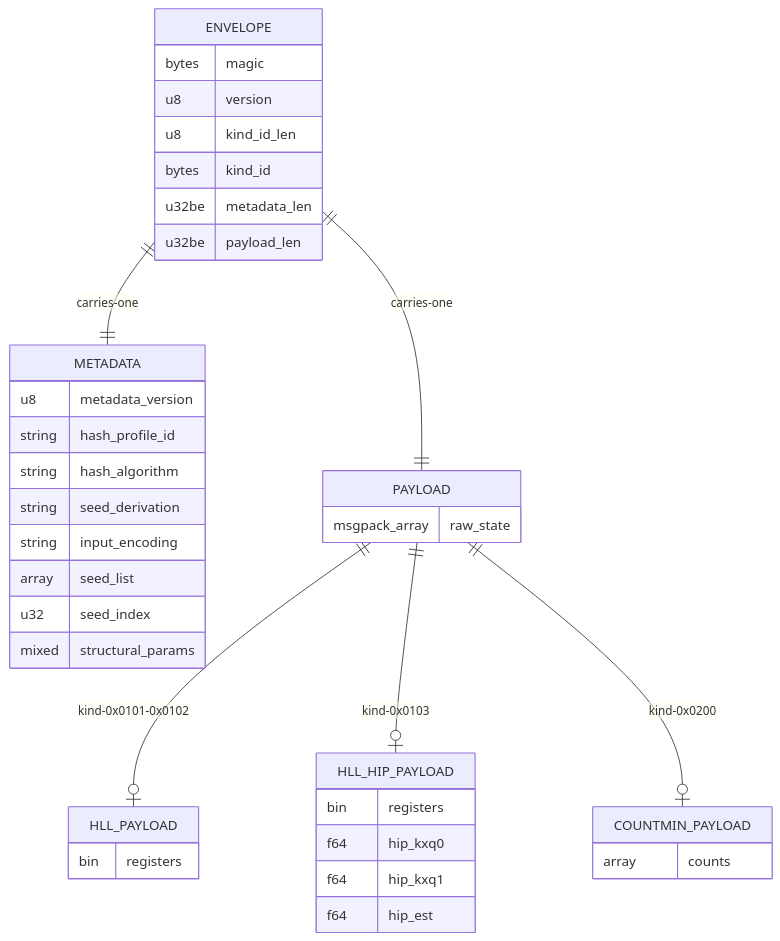
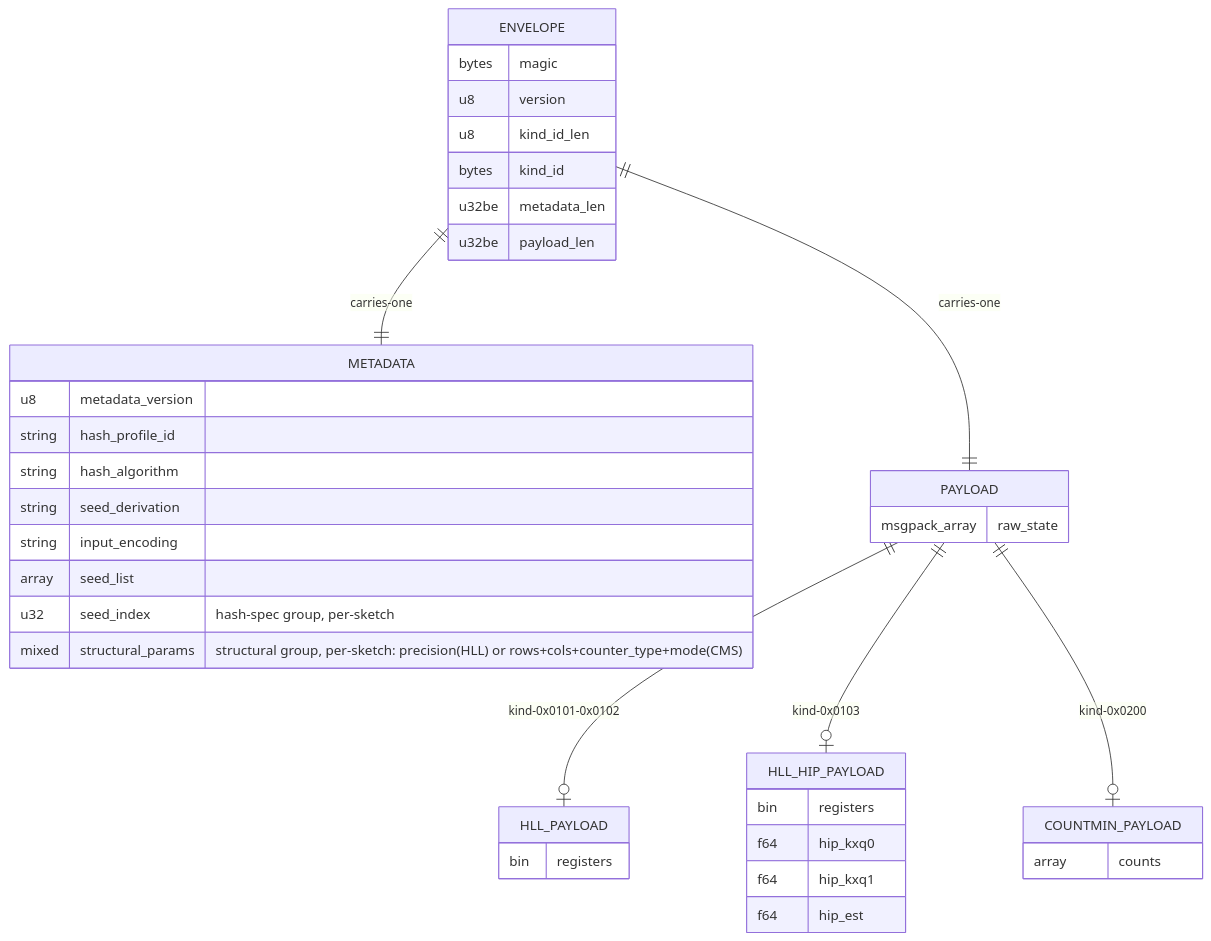
One commit to ProjectASAP/asap_sketchlib changed the diagram in docs/asapv1_wire_format.md. Above: the diagram before and after it, drawn with Mermaid. The commit also changed other lines of this file, not shown here.

First line of the commit message:
docs: clarify metadata is two field groups; tighten schema wording

````diff
--- a/docs/asapv1_wire_format.md
+++ b/docs/asapv1_wire_format.md
@@ -81,41 +81,41 @@
 ```mermaid
 erDiagram
     ENVELOPE ||--|| METADATA : carries-one
     ENVELOPE ||--|| PAYLOAD : carries-one
     PAYLOAD ||--o| HLL_PAYLOAD : kind-0x0101-0x0102
     PAYLOAD ||--o| HLL_HIP_PAYLOAD : kind-0x0103
     PAYLOAD ||--o| COUNTMIN_PAYLOAD : kind-0x0200
     ENVELOPE {
         bytes magic
         u8 version
         u8 kind_id_len
         bytes kind_id
         u32be metadata_len
         u32be payload_len
     }
     METADATA {
         u8 metadata_version
         string hash_profile_id
         string hash_algorithm
         string seed_derivation
         string input_encoding
         array seed_list
-        u32 seed_index
-        mixed structural_params
+        u32 seed_index "hash-spec group, per-sketch"
+        mixed structural_params "structural group, per-sketch: precision(HLL) or rows+cols+counter_type+mode(CMS)"
     }
     PAYLOAD {
         msgpack_array raw_state
     }
     HLL_PAYLOAD {
         bin registers
     }
     HLL_HIP_PAYLOAD {
         bin registers
         f64 hip_kxq0
         f64 hip_kxq1
         f64 hip_est
     }
     COUNTMIN_PAYLOAD {
         array counts
     }
 ```
````
